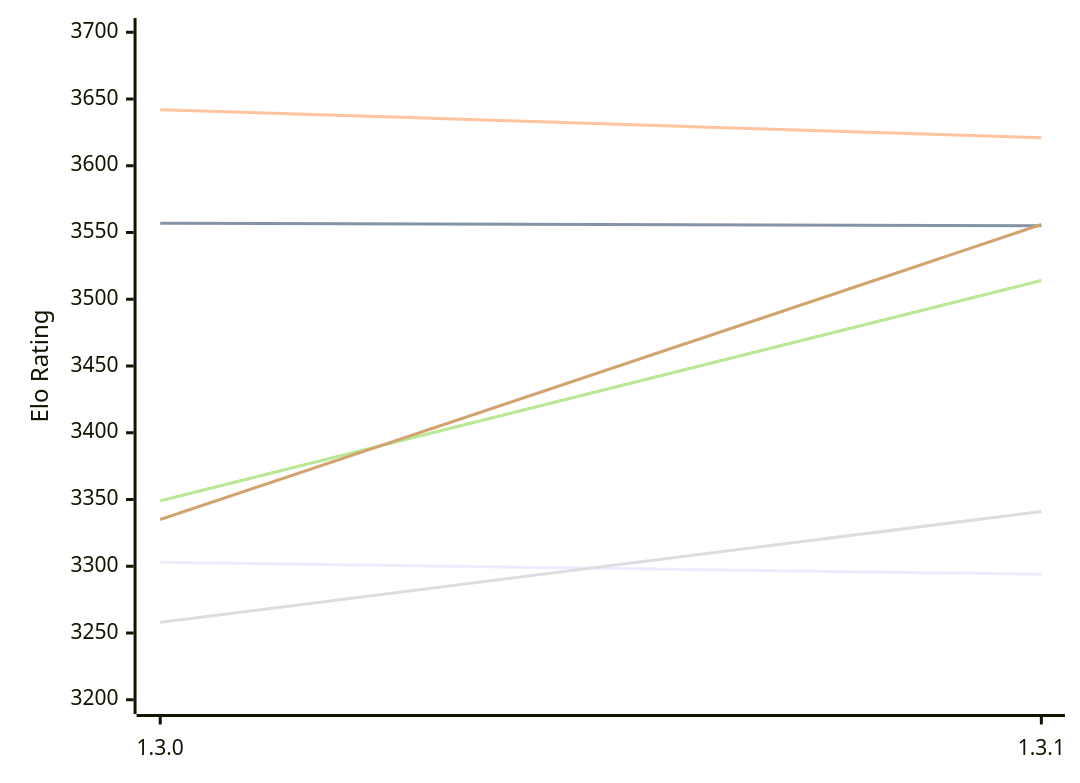
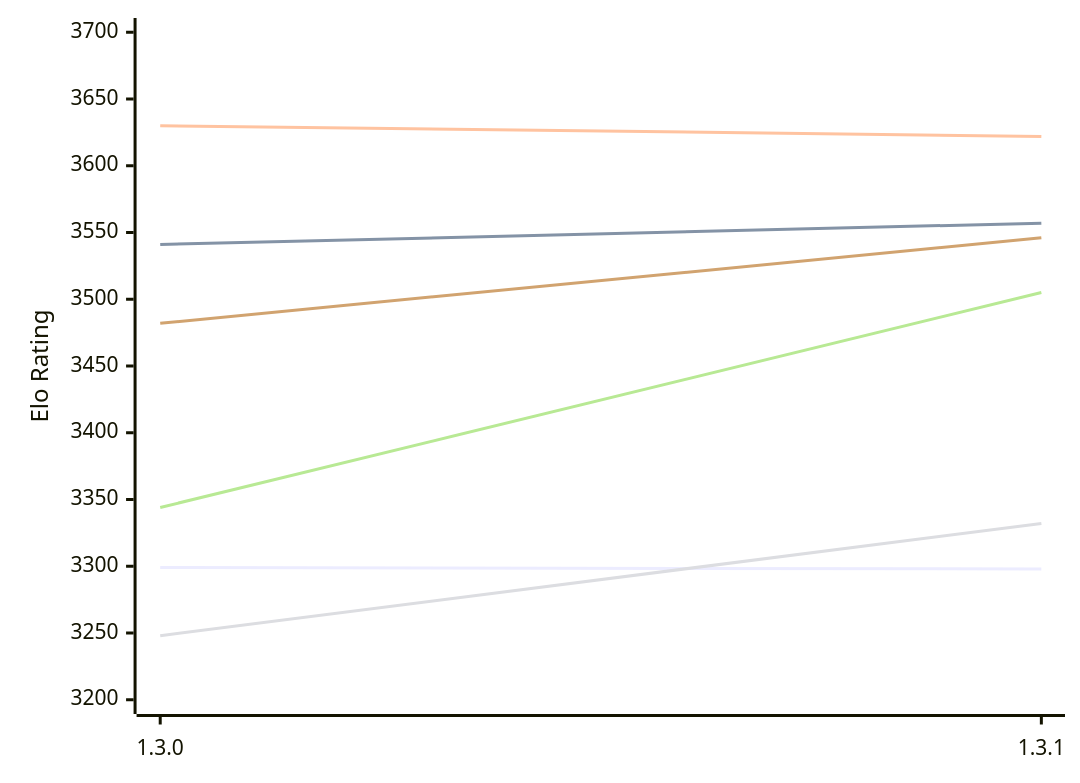
The first of 2 diagrams in engines/Renegade.md (computer-chess-index/cci), drawn with Mermaid before and after one commit. The commit also changed other lines of this file, not shown here.

Commit message:
Update CCI Ratings (ELO VLTC) - 2026-11-15

````diff
--- a/engines/Renegade.md
+++ b/engines/Renegade.md
@@ -50,12 +50,12 @@
 ```mermaid
 %%{init: {"theme":"base","themeVariables":{"seriesColors:['#a3a3a3','#222221','#faa371']}}}%%
 xychart-beta
   x-axis ["1.3.0", "1.3.1"]
   y-axis "Elo Rating" 3200 --> 3700
-  line "E1: STC (8.0+0.08s)" [3303, 3294]
-  line "E1: LTC (60.0+0.60s)" [3557, 3555]
-  line "E1: VLTC (2m24s+1.12s)" [3642, 3621]
-  line "P1: STC (8.0+0.08s)" [3258, 3341]
-  line "P1: LTC (60.0+0.60s)" [3349, 3514]
-  line "P1: VLTC (2m24s+1.12s)" [3335, 3556]
+  line "E1: STC (8.0+0.08s)" [3299, 3298]
+  line "E1: LTC (60.0+0.60s)" [3541, 3557]
+  line "E1: VLTC (2m24s+1.12s)" [3630, 3622]
+  line "P1: STC (8.0+0.08s)" [3248, 3332]
+  line "P1: LTC (60.0+0.60s)" [3344, 3505]
+  line "P1: VLTC (2m24s+1.12s)" [3482, 3546]
 ```
````
